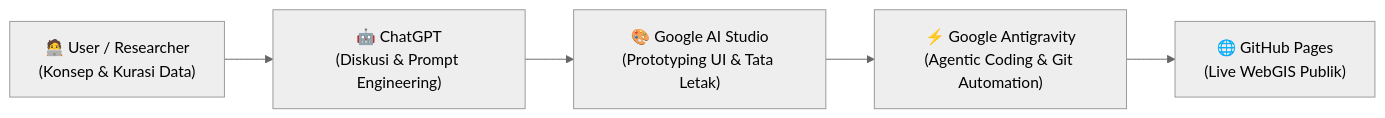
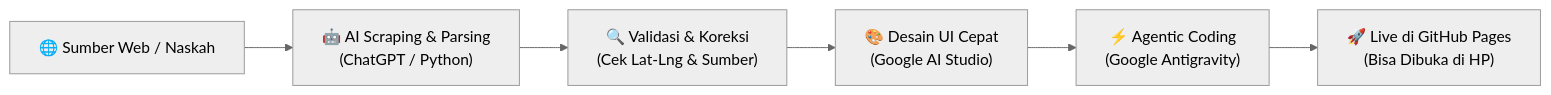
The first of 3 diagrams in docs/PANDUAN_WORKSHOP_AI_WEBGIS.md (tengkuaziez/atlas-sejarah-islam-nusantara), drawn with Mermaid (neutral theme) before and after one commit. The commit also changed other lines of this file, not shown here.

Commit message:
docs: update workshop guide for 2-hour format with AI scraping, data validation, and custom dataset guide

````diff
--- a/docs/PANDUAN_WORKSHOP_AI_WEBGIS.md
+++ b/docs/PANDUAN_WORKSHOP_AI_WEBGIS.md
@@ -32,7 +32,8 @@
 ```mermaid
 flowchart LR
-    A["🧑‍💻 User / Researcher<br>(Konsep & Kurasi Data)"] --> B["🤖 ChatGPT<br>(Diskusi & Prompt Engineering)"]
-    B --> C["🎨 Google AI Studio<br>(Prototyping UI & Tata Letak)"]
-    C --> D["⚡ Google Antigravity<br>(Agentic Coding & Git Automation)"]
-    D --> E["🌐 GitHub Pages<br>(Live WebGIS Publik)"]
+    A["🌐 Sumber Web / Naskah"] --> B["🤖 AI Scraping & Parsing<br>(ChatGPT / Python)"]
+    B --> C["🔍 Validasi & Koreksi<br>(Cek Lat-Lng & Sumber)"]
+    C --> D["🎨 Desain UI Cepat<br>(Google AI Studio)"]
+    D --> E["⚡ Agentic Coding<br>(Google Antigravity)"]
+    E --> F["🚀 Live di GitHub Pages<br>(Bisa Dibuka di HP)"]
 ```
````
